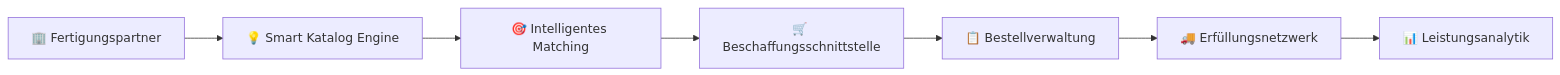
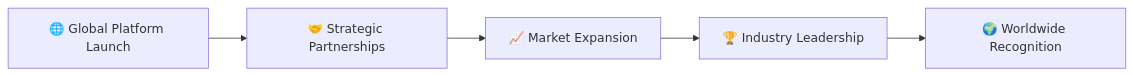
The diagram in README.md (made-in-germany-global/MADE-IN-GERMANY-GLOBAL), drawn with Mermaid before and after one commit. The commit also changed other lines of this file, not shown here.

````diff
--- a/README.md
+++ b/README.md
@@ -209,9 +209,7 @@
 ```mermaid
 graph LR
-    A[🏢 Fertigungspartner] --> B[💡 Smart Katalog Engine]
-    B --> C[🎯 Intelligentes Matching]
-    C --> D[🛒 Beschaffungsschnittstelle]
-    D --> E[📋 Bestellverwaltung]
-    E --> F[🚚 Erfüllungsnetzwerk]
-    F --> G[📊 Leistungsanalytik]
+    A[🌐 Global Platform Launch] --> B[🤝 Strategic Partnerships]
+    B --> C[📈 Market Expansion]
+    C --> D[🏆 Industry Leadership]
+    D --> E[🌍 Worldwide Recognition]
 ```
````
